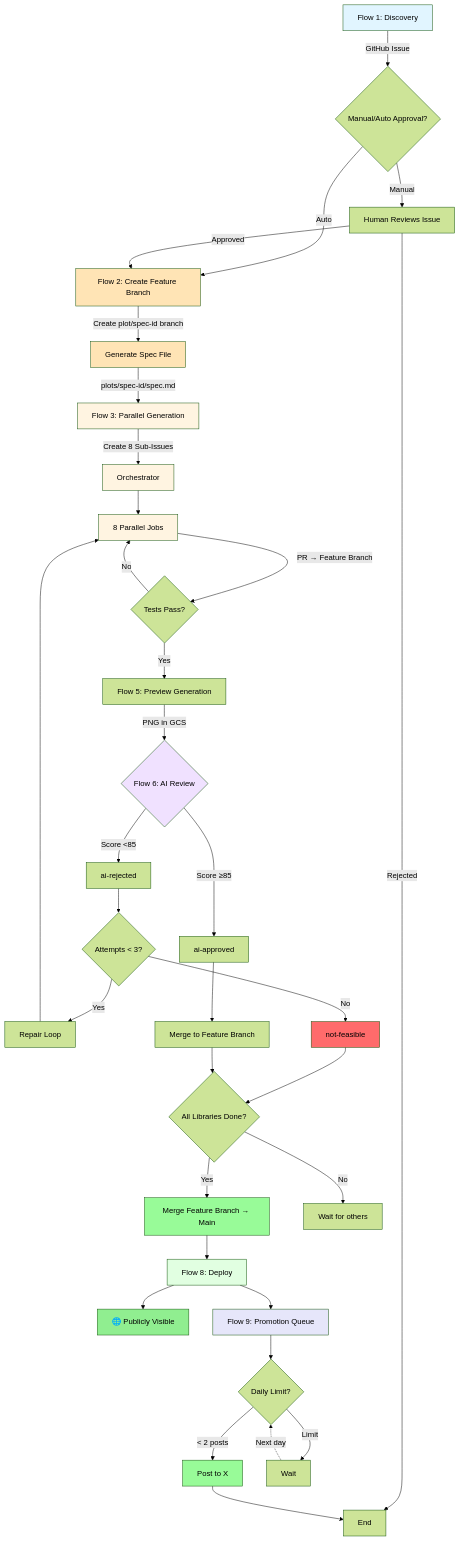
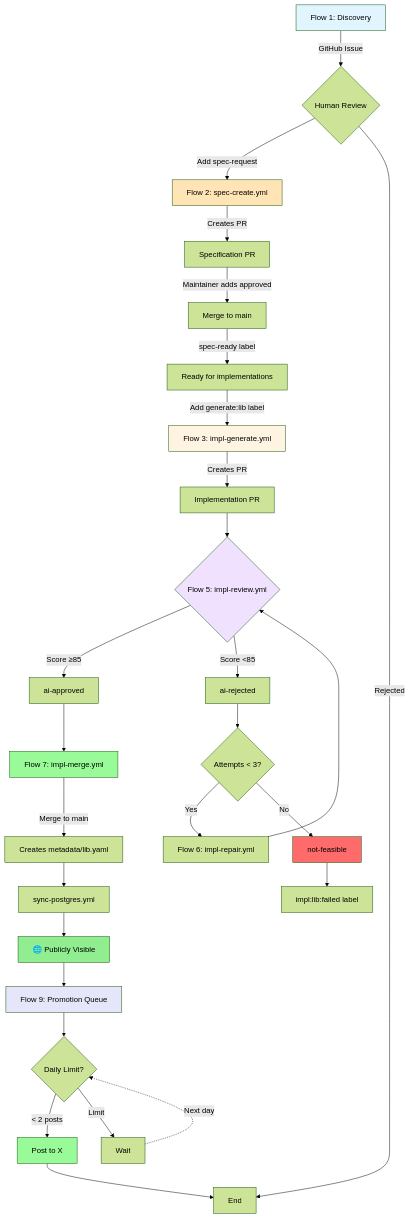
One commit to MarkusNeusinger/pyplots changed the third of 3 diagrams in docs/workflow.md. Above: the diagram before and after it, drawn with Mermaid (forest theme). The commit also changed other lines of this file and 130 other files, not shown here.

First line of the commit message:
feat: redesign workflows with decoupled spec/impl architecture

````diff
--- a/docs/workflow.md
+++ b/docs/workflow.md
@@ -272,58 +272,46 @@
 ```mermaid
 graph TD
-    A[Flow 1: Discovery] -->|GitHub Issue| B{Manual/Auto Approval?}
-    B -->|Manual| C[Human Reviews Issue]
-    B -->|Auto| D0[Flow 2: Create Feature Branch]
-    C -->|Approved| D0
-    C -->|Rejected| Z[End]
+    A[Flow 1: Discovery] -->|GitHub Issue| B{Human Review}
+    B -->|Add spec-request| C[Flow 2: spec-create.yml]
+    B -->|Rejected| Z[End]
 
-    D0 -->|Create plot/spec-id branch| D0a[Generate Spec File]
-    D0a -->|plots/spec-id/spec.md| D[Flow 3: Parallel Generation]
+    C -->|Creates PR| C1[Specification PR]
+    C1 -->|Maintainer adds approved| C2[Merge to main]
+    C2 -->|spec-ready label| D[Ready for implementations]
 
-    D -->|Create 8 Sub-Issues| D1[Orchestrator]
-    D1 --> D2[8 Parallel Jobs]
-    D2 -->|PR → Feature Branch| E{Tests Pass?}
+    D -->|Add generate:lib label| E[Flow 3: impl-generate.yml]
+    E -->|Creates PR| F[Implementation PR]
+    F --> G{Flow 5: impl-review.yml}
 
-    E -->|Yes| F[Flow 5: Preview Generation]
-    E -->|No| D2
-
-    F -->|PNG in GCS| G{Flow 6: AI Review}
     G -->|Score ≥85| H[ai-approved]
     G -->|Score <85| I[ai-rejected]
 
     I --> J{Attempts < 3?}
-    J -->|Yes| K[Repair Loop]
-    K --> D2
+    J -->|Yes| K[Flow 6: impl-repair.yml]
+    K --> G
     J -->|No| L[not-feasible]
 
-    H --> M[Merge to Feature Branch]
-    L --> M2{All Libraries Done?}
-    M --> M2
+    H --> M[Flow 7: impl-merge.yml]
+    M -->|Merge to main| M1[Creates metadata/lib.yaml]
+    M1 --> M2[sync-postgres.yml]
+    M2 --> N[🌐 Publicly Visible]
 
-    M2 -->|Yes| M3[Merge Feature Branch → Main]
-    M2 -->|No| Z2[Wait for others]
+    L --> L1[impl:lib:failed label]
 
-    M3 --> N[Flow 8: Deploy]
-    N --> O[🌐 Publicly Visible]
     N --> P[Flow 9: Promotion Queue]
-
     P --> Q{Daily Limit?}
     Q -->|< 2 posts| R[Post to X]
     Q -->|Limit| S[Wait]
     R --> Z
     S -.->|Next day| Q
 
     style A fill:#e1f5ff
-    style D0 fill:#ffe4b5
-    style D0a fill:#ffe4b5
-    style D fill:#fff4e1
-    style D1 fill:#fff4e1
-    style D2 fill:#fff4e1
+    style C fill:#ffe4b5
+    style E fill:#fff4e1
     style G fill:#f0e1ff
-    style M3 fill:#98FB98
-    style N fill:#e1ffe1
-    style O fill:#90EE90
+    style M fill:#98FB98
+    style N fill:#90EE90
     style L fill:#FF6B6B
     style P fill:#E6E6FA
     style R fill:#98FB98
 ```
````
